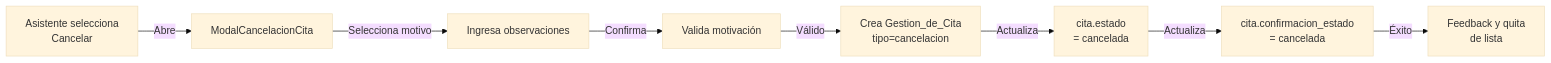
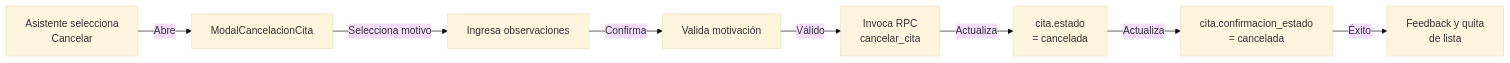
Before and after one commit to wmarcia86/dentiflow: the second of 4 diagrams in sdd/.kiro/specs/gestion-confirmacion-citas/design.md, drawn with Mermaid (base theme). The commit also changed other lines of this file and 9 other files, not shown here.

````diff
--- a/sdd/.kiro/specs/gestion-confirmacion-citas/design.md
+++ b/sdd/.kiro/specs/gestion-confirmacion-citas/design.md
@@ -599,10 +984,10 @@
 ```mermaid
 graph LR
     A["Asistente selecciona<br/>Cancelar"] -->|Abre| B["ModalCancelacionCita"]
     B -->|Selecciona motivo| C["Ingresa observaciones"]
     C -->|Confirma| D["Valida motivación"]
-    D -->|Válido| E["Crea Gestion_de_Cita<br/>tipo=cancelacion"]
+    D -->|Válido| E["Invoca RPC<br/>cancelar_cita"]
     E -->|Actualiza| F["cita.estado<br/>= cancelada"]
     F -->|Actualiza| G["cita.confirmacion_estado<br/>= cancelada"]
     G -->|Éxito| H["Feedback y quita<br/>de lista"]
 ```
````
